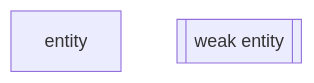
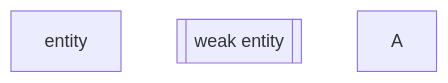
The diagram in sem4/DMDB/PV/DMDB-summary.md (bfeitknecht/vault), drawn with Mermaid before and after one commit. The commit also changed 2 other files, not shown here.

Commit message:
backup: 2025-06-30T08:44:15+02:00 from MacBook Pro (echo)
Affected files:
.obsidian/appearance.json
.obsidian/plugins/editing-toolbar/data.json
sem4/DMDB/PV/DMDB-summary.md

````diff
--- a/sem4/DMDB/PV/DMDB-summary.md
+++ b/sem4/DMDB/PV/DMDB-summary.md
@@ -36,6 +36,8 @@
 ```mermaid
 flowchart TD
 
 id01[entity]
 id02[[weak entity]]
+
+A@{shape: }
 ```
````
